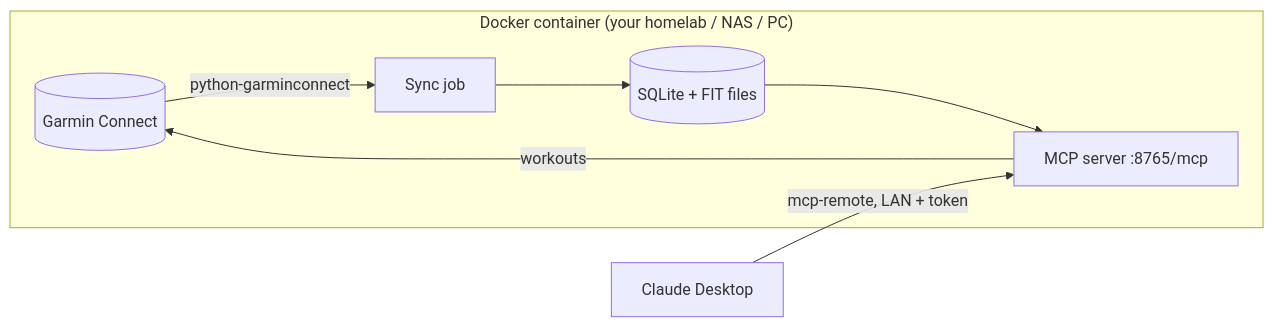
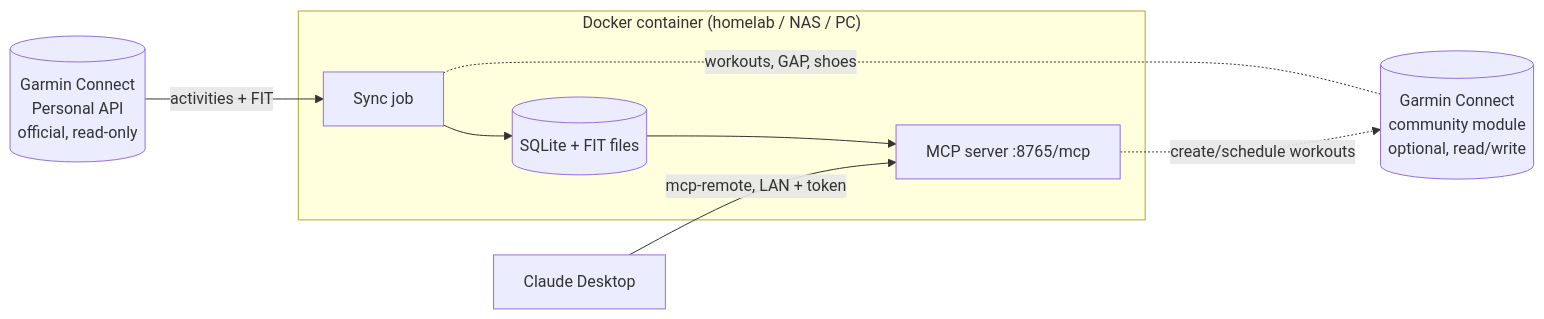
The diagram in README.md (fabio983/garmin-coach-mcp), drawn with Mermaid before and after one commit. The commit also changed other lines of this file and 15 other files, not shown here.

````diff
--- a/README.md
+++ b/README.md
@@ -65,10 +91,11 @@
 ```mermaid
 flowchart LR
-    GC[(Garmin Connect)] -- python-garminconnect --> S
-    subgraph Server["Docker container (your homelab / NAS / PC)"]
+    PA[(Garmin Connect<br/>Personal API<br/>official, read-only)] -- activities + FIT --> S
+    GC[(Garmin Connect<br/>community module<br/>optional, read/write)] -. workouts, GAP, shoes .- S
+    subgraph Server["Docker container (homelab / NAS / PC)"]
         S[Sync job] --> DB[(SQLite + FIT files)]
         DB --> M[MCP server :8765/mcp]
-        M -- workouts --> GC
     end
+    M -. create/schedule workouts .-> GC
     CD[Claude Desktop] -- mcp-remote, LAN + token --> M
 ```
````
